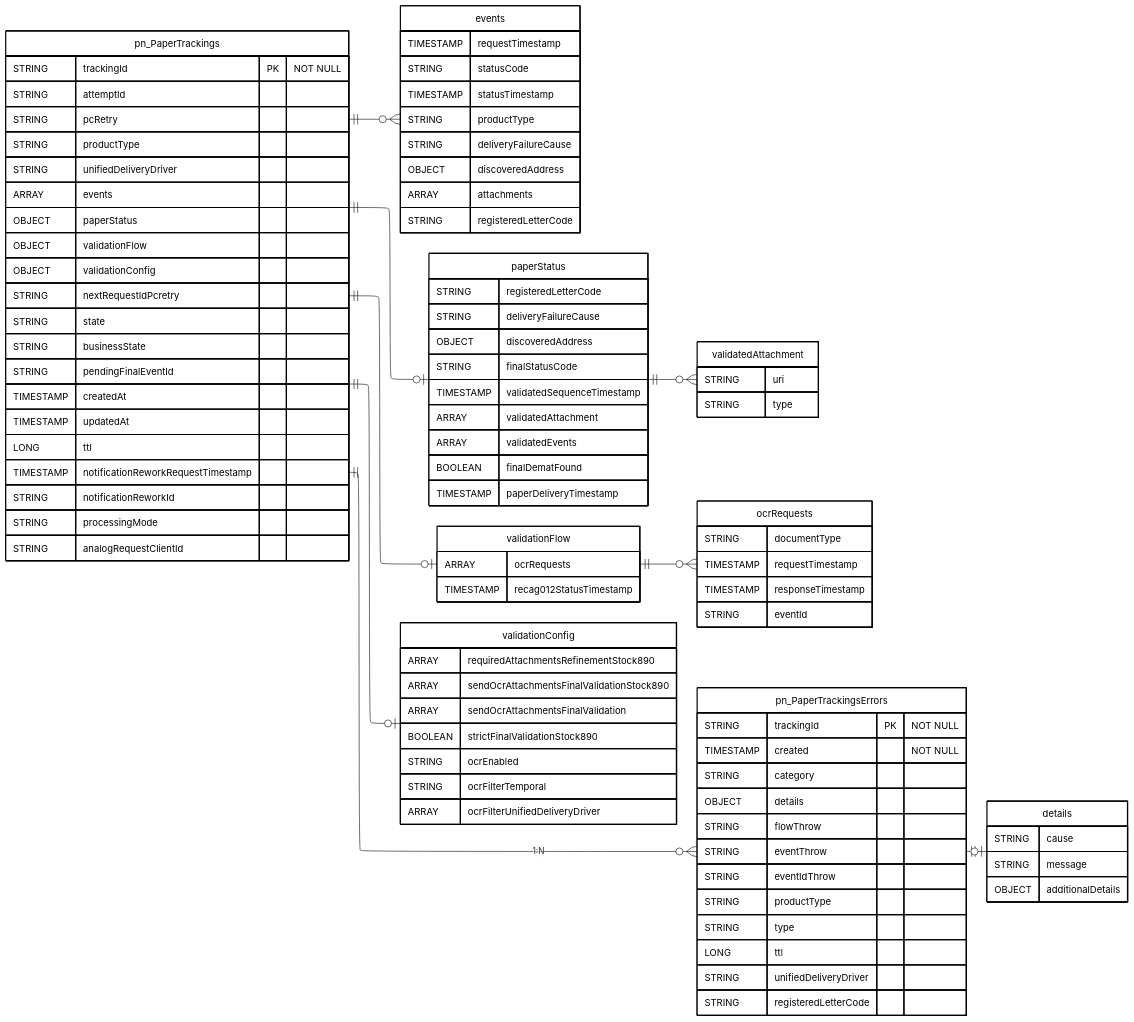
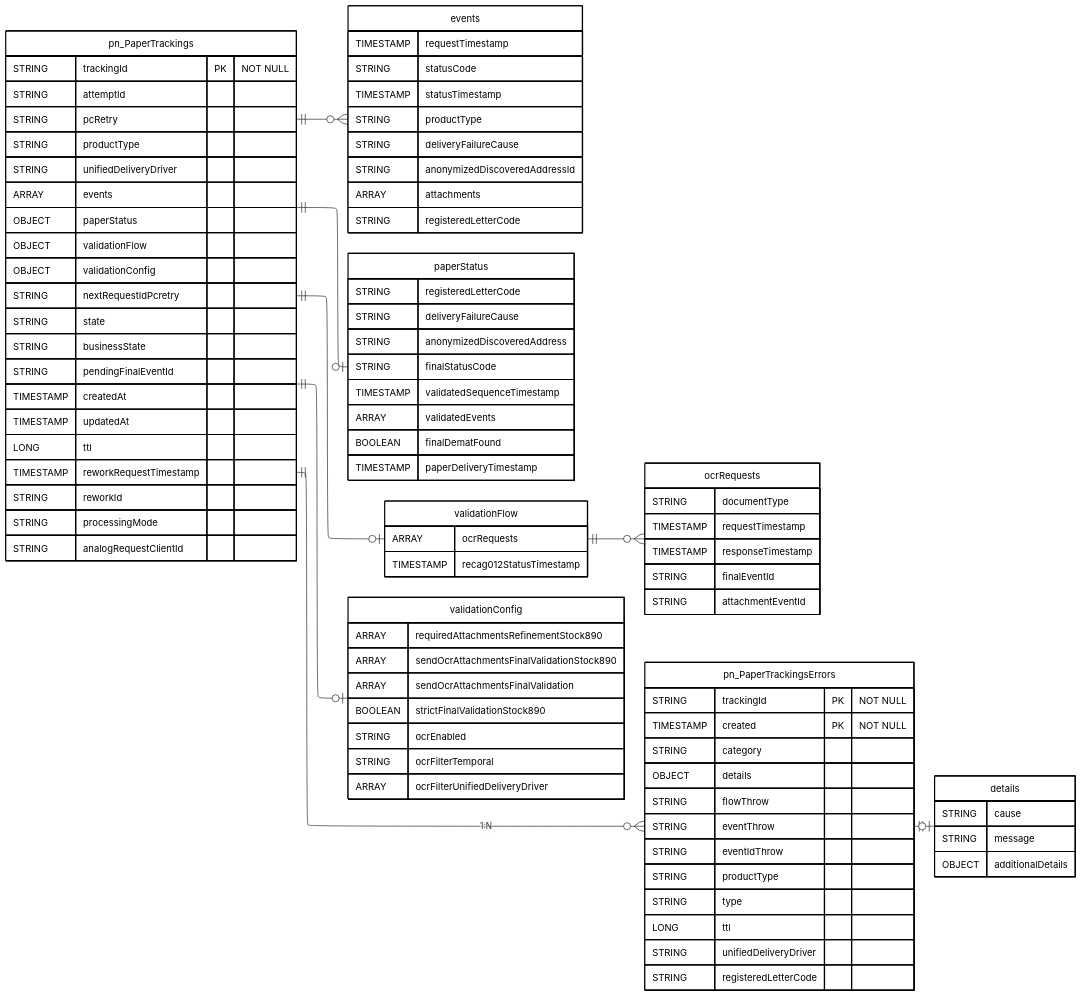
Before and after one commit to pagopa/pn-metrics: the diagram in send_diagrams/data-models/paper_tracker/paper_tracker.mmd, drawn with Mermaid.

Commit message:
SNDM-266: fix Paper Tracker data model

```diff
--- a/send_diagrams/data-models/paper_tracker/paper_tracker.mmd
+++ b/send_diagrams/data-models/paper_tracker/paper_tracker.mmd
@@ -1,150 +1,139 @@
 ---
 config:
   layout: elk
   theme: base
 ---
 
 erDiagram
 
     %% diagram version: 1.0.0
 
     %% sources:
     %% - PaperTrackings.java
     %% - PaperTrackingsErrors.java
     %% - SRS pn-paper-tracker AR
     %% - SRS pn-paper-tracker RIR
     %% - SRS pn-paper-tracker 890
     %% - SRS pn-paper-tracker RS-RIS
     %% - SRS Attivazione RUN pn-paper-tracker
     %% - SRS Attivazione campione OCR pn-paper-tracker
 
     direction LR
 
     pn_PaperTrackings {
         STRING trackingId PK "NOT NULL"
         STRING attemptId
         STRING pcRetry
         STRING productType
         STRING unifiedDeliveryDriver
         ARRAY events
         OBJECT paperStatus
         OBJECT validationFlow
         OBJECT validationConfig
         STRING nextRequestIdPcretry
         STRING state
         STRING businessState
         STRING pendingFinalEventId
         TIMESTAMP createdAt
         TIMESTAMP updatedAt
         LONG ttl
-        TIMESTAMP notificationReworkRequestTimestamp
-        STRING notificationReworkId
+        TIMESTAMP reworkRequestTimestamp
+        STRING reworkId
         STRING processingMode
         STRING analogRequestClientId
     }
 
     events {
         TIMESTAMP requestTimestamp
         STRING statusCode
         TIMESTAMP statusTimestamp
         STRING productType
         STRING deliveryFailureCause
-        OBJECT discoveredAddress
+        STRING anonymizedDiscoveredAddressId
         ARRAY attachments
         STRING registeredLetterCode
     }
 
     paperStatus {
         STRING registeredLetterCode
         STRING deliveryFailureCause
-        OBJECT discoveredAddress
+        STRING anonymizedDiscoveredAddress
         STRING finalStatusCode
         TIMESTAMP validatedSequenceTimestamp
-        ARRAY validatedAttachment
         ARRAY validatedEvents
         BOOLEAN finalDematFound
         TIMESTAMP paperDeliveryTimestamp
-    }
-
-    validatedAttachment {
-        STRING uri
-        STRING type
     }
 
     validationFlow {
         ARRAY ocrRequests
         TIMESTAMP recag012StatusTimestamp
     }
 
     ocrRequests {
         STRING documentType
         TIMESTAMP requestTimestamp
         TIMESTAMP responseTimestamp
-        STRING eventId
+        STRING finalEventId
+        STRING attachmentEventId
     }
 
     validationConfig {
         ARRAY requiredAttachmentsRefinementStock890
         ARRAY sendOcrAttachmentsFinalValidationStock890
         ARRAY sendOcrAttachmentsFinalValidation
         BOOLEAN strictFinalValidationStock890
         STRING ocrEnabled
         STRING ocrFilterTemporal
         ARRAY ocrFilterUnifiedDeliveryDriver
     }
 
     pn_PaperTrackingsErrors {
         STRING trackingId PK "NOT NULL"
-        TIMESTAMP created "NOT NULL"
+        TIMESTAMP created PK "NOT NULL"
         STRING category
         OBJECT details
         STRING flowThrow
         STRING eventThrow
         STRING eventIdThrow
         STRING productType
         STRING type
         LONG ttl
         STRING unifiedDeliveryDriver
         STRING registeredLetterCode
     }
 
     details {
         STRING cause
         STRING message
         OBJECT additionalDetails
     }
 
     %% RELAZIONE TRA LE ENTITA PRINCIPALI
     %% Join:
     %% pn_PaperTrackings.trackingId = pn_PaperTrackingsErrors.trackingId
     %% Un tracking puo essere associato a zero o piu errori o warning.
 
     pn_PaperTrackings ||--o{ pn_PaperTrackingsErrors : "1:N"
 
     %% STRUTTURE EMBEDDED
-    %% Le relazioni seguenti rappresentano esclusivamente
-    %% la composizione delle strutture annidate.
     %% Non rappresentano tabelle DynamoDB autonome.
 
     pn_PaperTrackings ||--o{ events : ""
     pn_PaperTrackings ||--o| paperStatus : ""
     pn_PaperTrackings ||--o| validationFlow : ""
     pn_PaperTrackings ||--o| validationConfig : ""
 
-    paperStatus ||--o{ validatedAttachment : ""
     validationFlow ||--o{ ocrRequests : ""
-
     pn_PaperTrackingsErrors ||--o| details : ""
 
     %% STILE
 
     style pn_PaperTrackings fill:#FFFFFF,stroke:#000000,stroke-width:2px,color:#000000
     style pn_PaperTrackingsErrors fill:#FFFFFF,stroke:#000000,stroke-width:2px,color:#000000
-
     style events fill:#FFFFFF,stroke:#000000,stroke-width:2px,color:#000000
     style paperStatus fill:#FFFFFF,stroke:#000000,stroke-width:2px,color:#000000
-    style validatedAttachment fill:#FFFFFF,stroke:#000000,stroke-width:2px,color:#000000
     style validationFlow fill:#FFFFFF,stroke:#000000,stroke-width:2px,color:#000000
     style ocrRequests fill:#FFFFFF,stroke:#000000,stroke-width:2px,color:#000000
     style validationConfig fill:#FFFFFF,stroke:#000000,stroke-width:2px,color:#000000
     style details fill:#FFFFFF,stroke:#000000,stroke-width:2px,color:#000000
```
